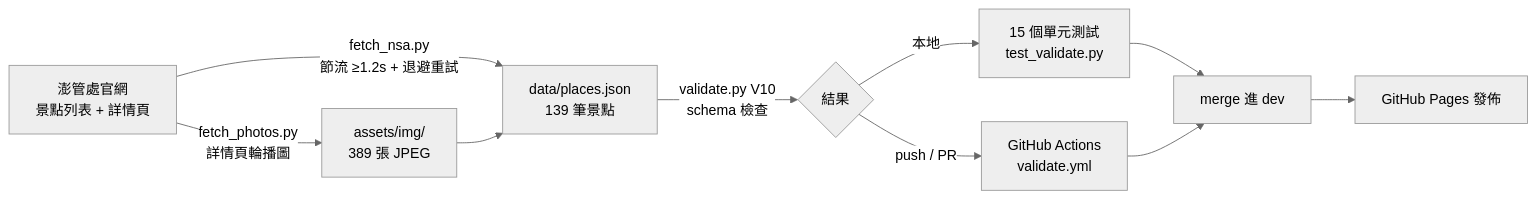
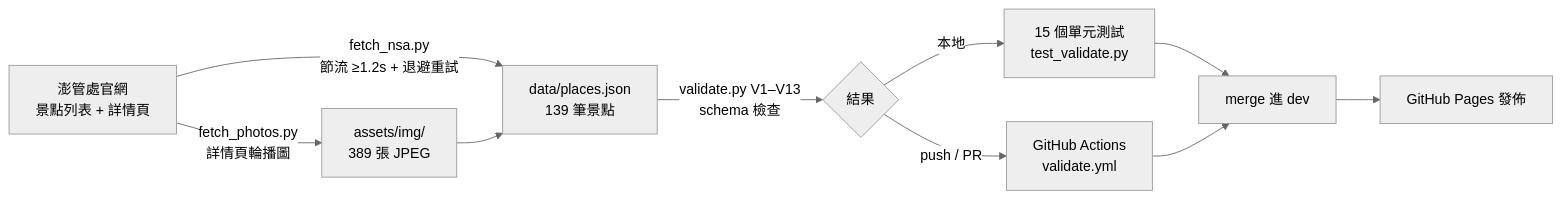
One commit to nickyxu1985/penghu-travel-guide changed the second of 2 diagrams in README.md. Above: the diagram before and after it, drawn with Mermaid (neutral theme). The commit also changed other lines of this file, not shown here.

````diff
--- a/README.md
+++ b/README.md
@@ -69,12 +69,12 @@
 ```mermaid
 flowchart LR
     A[澎管處官網<br/>景點列表 + 詳情頁] -->|fetch_nsa.py<br/>節流 ≥1.2s + 退避重試| B[data/places.json<br/>139 筆景點]
     A -->|fetch_photos.py<br/>詳情頁輪播圖| C[assets/img/<br/>389 張 JPEG]
     C --> B
-    B -->|validate.py V10<br/>schema 檢查| D{結果}
+    B -->|validate.py V1–V13<br/>schema 檢查| D{結果}
     D -->|本地| E[15 個單元測試<br/>test_validate.py]
     D -->|push / PR| F[GitHub Actions<br/>validate.yml]
     E --> G[merge 進 dev]
     F --> G
     G --> H[GitHub Pages 發佈]
 ```
````
